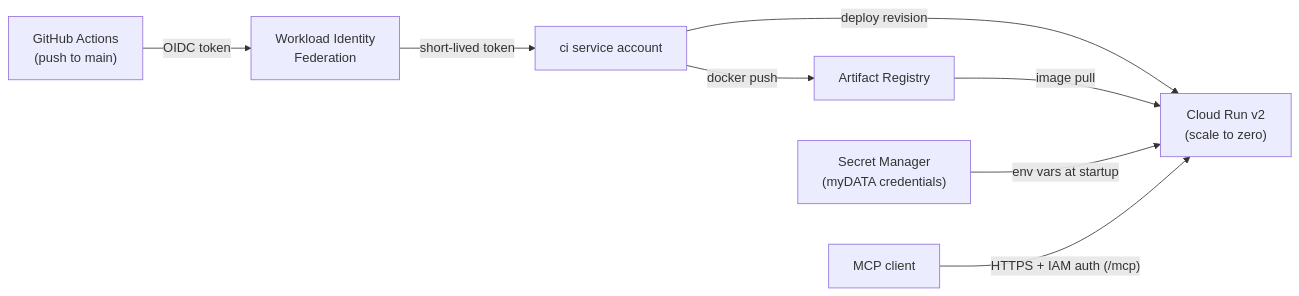
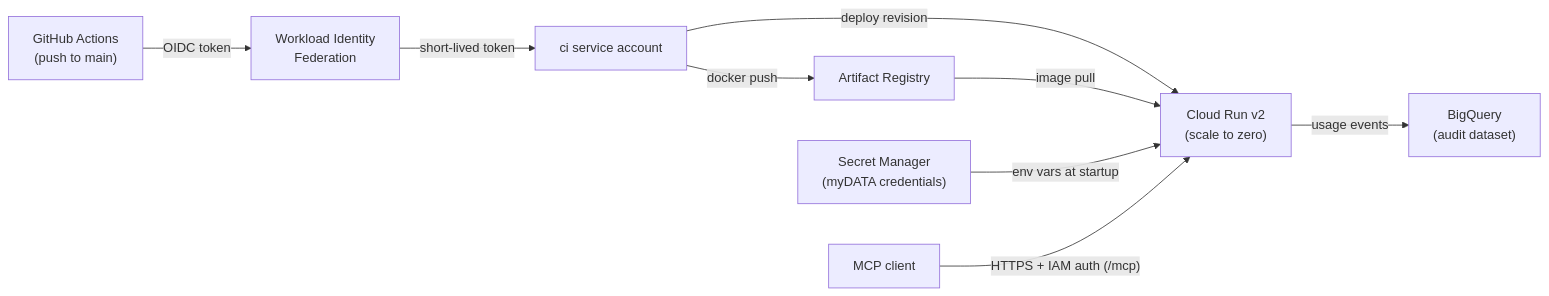
One commit to gabrielnika/myData-MCP-Server changed the diagram in infra/README.md. Above: the diagram before and after it, drawn with Mermaid. The commit also changed other lines of this file and 7 other files, not shown here.

Commit message:
feat: BigQuery usage audit — metadata-only events via streaming insert

````diff
--- a/infra/README.md
+++ b/infra/README.md
@@ -7,10 +7,11 @@
 ```mermaid
 flowchart LR
     GH["GitHub Actions<br/>(push to main)"] -->|OIDC token| WIF["Workload Identity<br/>Federation"]
     WIF -->|short-lived token| CI["ci service account"]
     CI -->|docker push| AR["Artifact Registry"]
     CI -->|deploy revision| CR["Cloud Run v2<br/>(scale to zero)"]
     AR -->|image pull| CR
     SM["Secret Manager<br/>(myDATA credentials)"] -->|env vars at startup| CR
+    CR -->|usage events| BQ["BigQuery<br/>(audit dataset)"]
     Client["MCP client"] -->|"HTTPS + IAM auth (/mcp)"| CR
 ```
````
